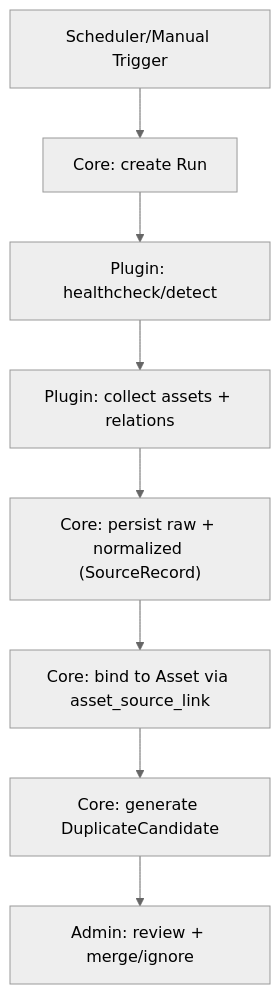
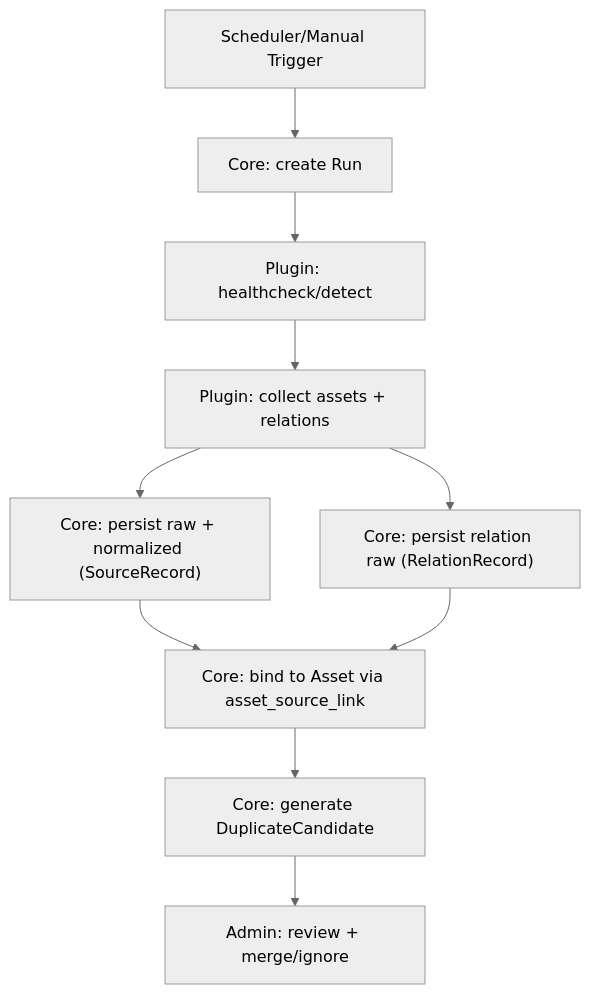
One commit to nyealovey/breach changed the first of 2 diagrams in docs/requirements/asset-ledger-collector-reference.md. Above: the diagram before and after it, drawn with Mermaid (neutral theme). The commit also changed other lines of this file and 4 other files, not shown here.

````diff
--- a/docs/requirements/asset-ledger-collector-reference.md
+++ b/docs/requirements/asset-ledger-collector-reference.md
@@ -79,10 +160,12 @@
 ```mermaid
 flowchart TD
   A["Scheduler/Manual Trigger"] --> B["Core: create Run"]
   B --> C["Plugin: healthcheck/detect"]
   C --> D["Plugin: collect assets + relations"]
   D --> E["Core: persist raw + normalized (SourceRecord)"]
+  D --> E2["Core: persist relation raw (RelationRecord)"]
   E --> F["Core: bind to Asset via asset_source_link"]
+  E2 --> F
   F --> G["Core: generate DuplicateCandidate"]
   G --> H["Admin: review + merge/ignore"]
 ```
````
